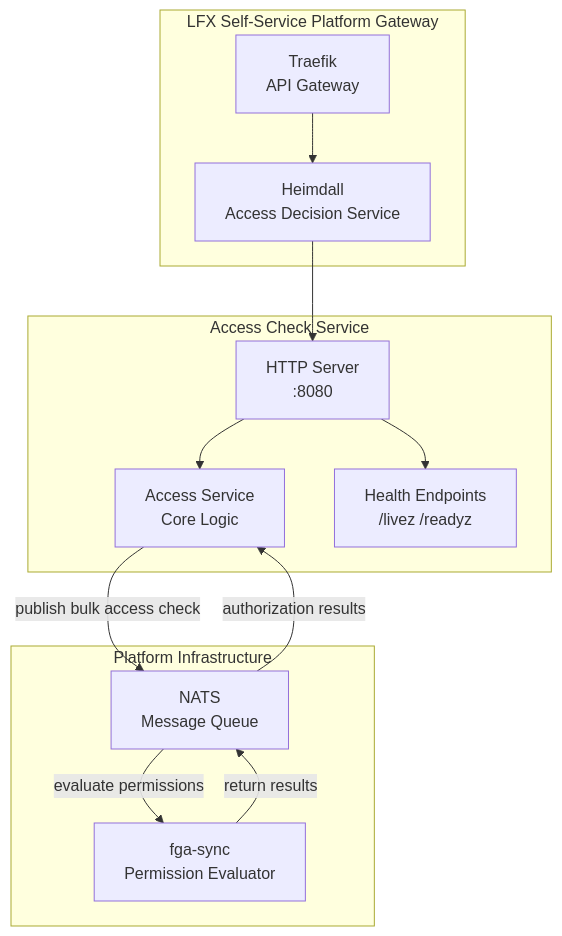
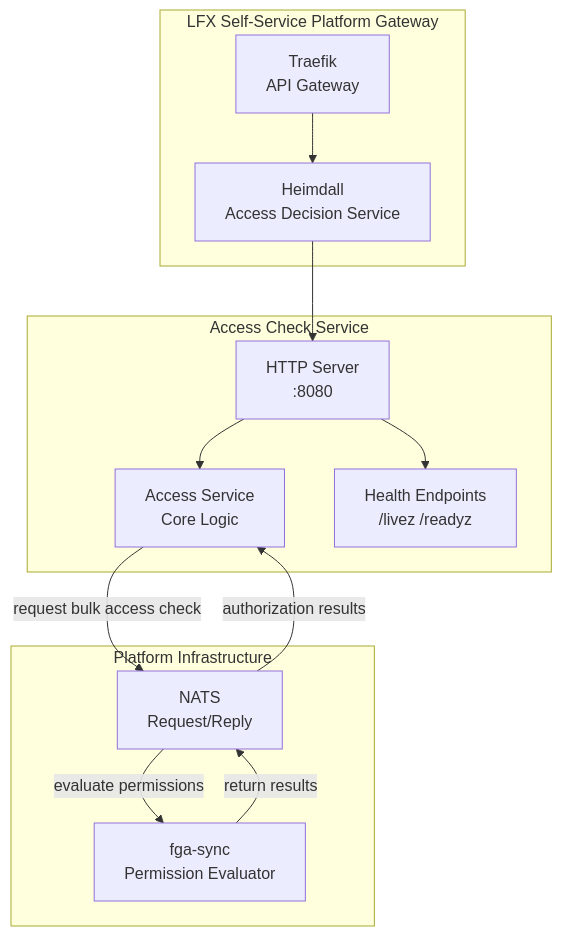
One commit to linuxfoundation/lfx-v2-access-check changed the first of 2 diagrams in README.md. Above: the diagram before and after it, drawn with Mermaid. The commit also changed other lines of this file and 7 other files, not shown here.

````diff
--- a/README.md
+++ b/README.md
@@ -18,28 +18,28 @@
 ```mermaid
 graph TB
     subgraph "LFX Self-Service Platform Gateway"
         T[Traefik<br/>API Gateway]
         H[Heimdall<br/>Access Decision Service]
     end
 
     subgraph "Access Check Service"
         AC[HTTP Server<br/>:8080]
         AS[Access Service<br/>Core Logic]
         HE[Health Endpoints<br/>/livez /readyz]
     end
 
     subgraph "Platform Infrastructure"
-        N[NATS<br/>Message Queue]
+        N[NATS<br/>Request/Reply]
         FGA[fga-sync<br/>Permission Evaluator]
     end
 
     T --> H
     H --> AC
     AC --> AS
     AC --> HE
 
-    AS -->|publish bulk access check| N
+    AS -->|request bulk access check| N
     N -->|evaluate permissions| FGA
     FGA -->|return results| N
     N -->|authorization results| AS
 ```
````
